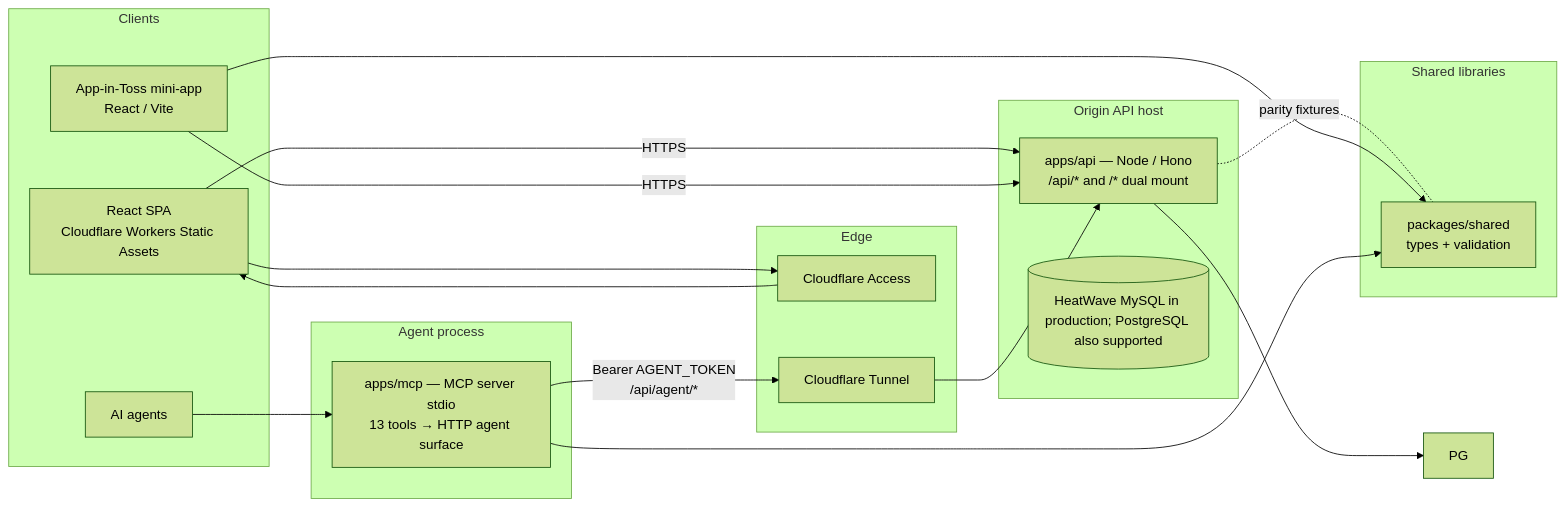
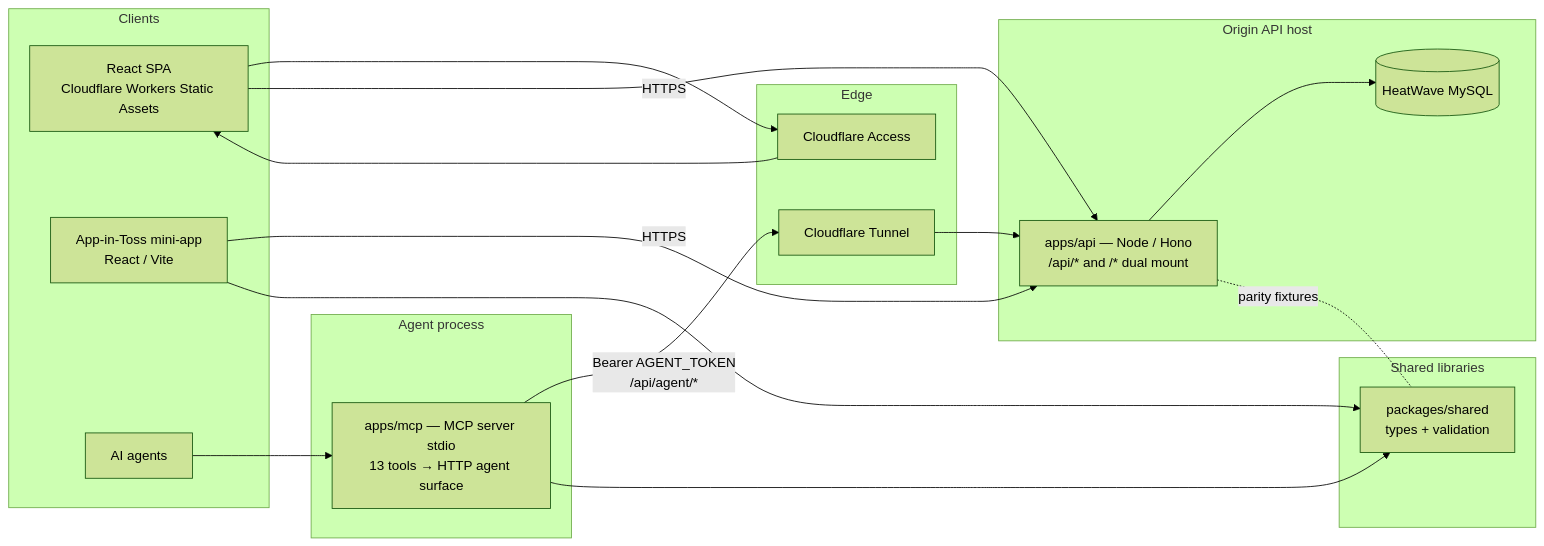
Before and after one commit to mgh3326/brewdial: the diagram in README.md, drawn with Mermaid (forest theme). The commit also changed other lines of this file and 39 other files, not shown here.

First line of the commit message:
refactor(db): remove PostgreSQL support, MySQL only (hk 3767) (#114)

````diff
--- a/README.md
+++ b/README.md
@@ -30,38 +30,38 @@
 ```mermaid
 flowchart LR
   subgraph clients [Clients]
     WEB[React SPA<br/>Cloudflare Workers Static Assets]
     MINI[App-in-Toss mini-app<br/>React / Vite]
     AGENT[AI agents]
   end
 
   subgraph edge [Edge]
     CF_ACCESS[Cloudflare Access]
     CF_TUNNEL[Cloudflare Tunnel]
   end
 
   subgraph origin [Origin API host]
     API["apps/api — Node / Hono<br/>/api/* and /* dual mount"]
-    DB[(HeatWave MySQL in production; PostgreSQL also supported)]
+    DB[(HeatWave MySQL)]
   end
 
   subgraph packages [Shared libraries]
     SHARED["packages/shared<br/>types + validation"]
   end
 
   subgraph mcp [Agent process]
     MCP["apps/mcp — MCP server stdio<br/>13 tools → HTTP agent surface"]
   end
 
   WEB --> CF_ACCESS
   CF_ACCESS --> WEB
   WEB -->|HTTPS| API
   MINI -->|HTTPS| API
   AGENT --> MCP
   MCP -->|Bearer AGENT_TOKEN<br/>/api/agent/*| CF_TUNNEL
   CF_TUNNEL --> API
-  API --> PG
+  API --> DB
   API -. parity fixtures .- SHARED
   MINI --> SHARED
   MCP --> SHARED
 ```
````
